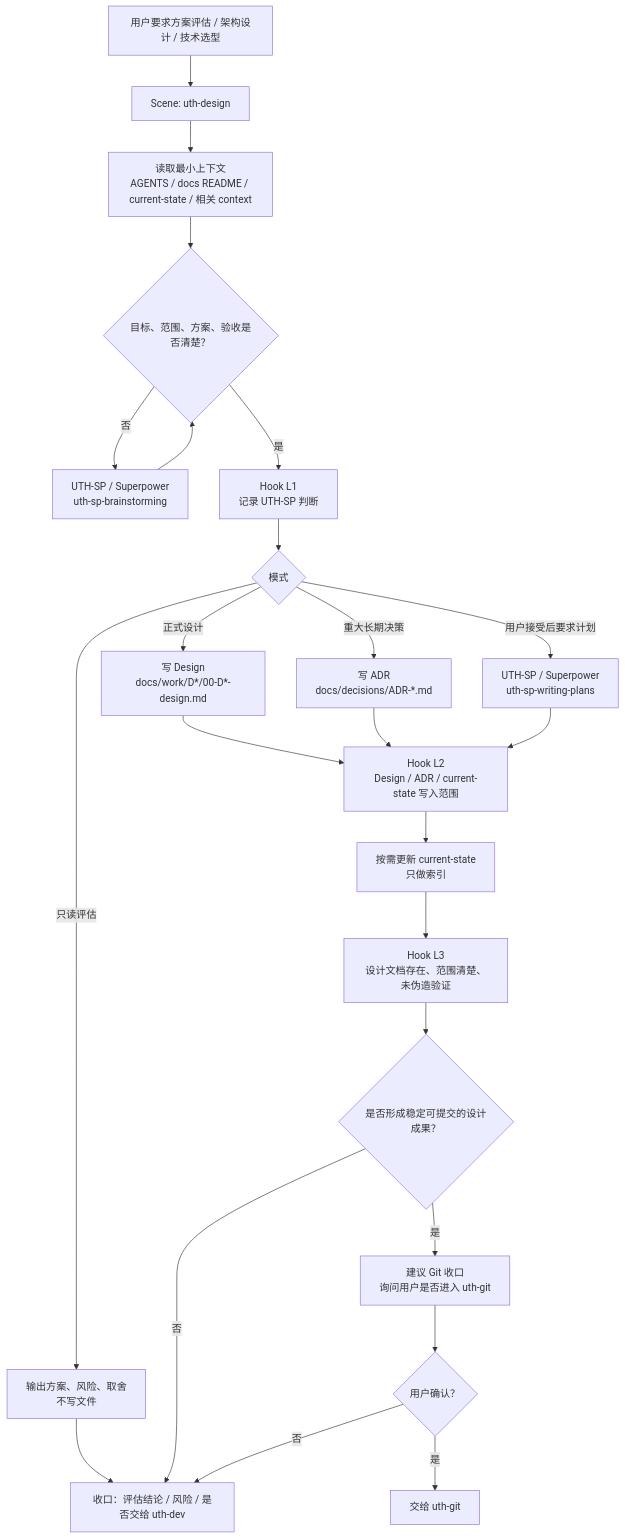
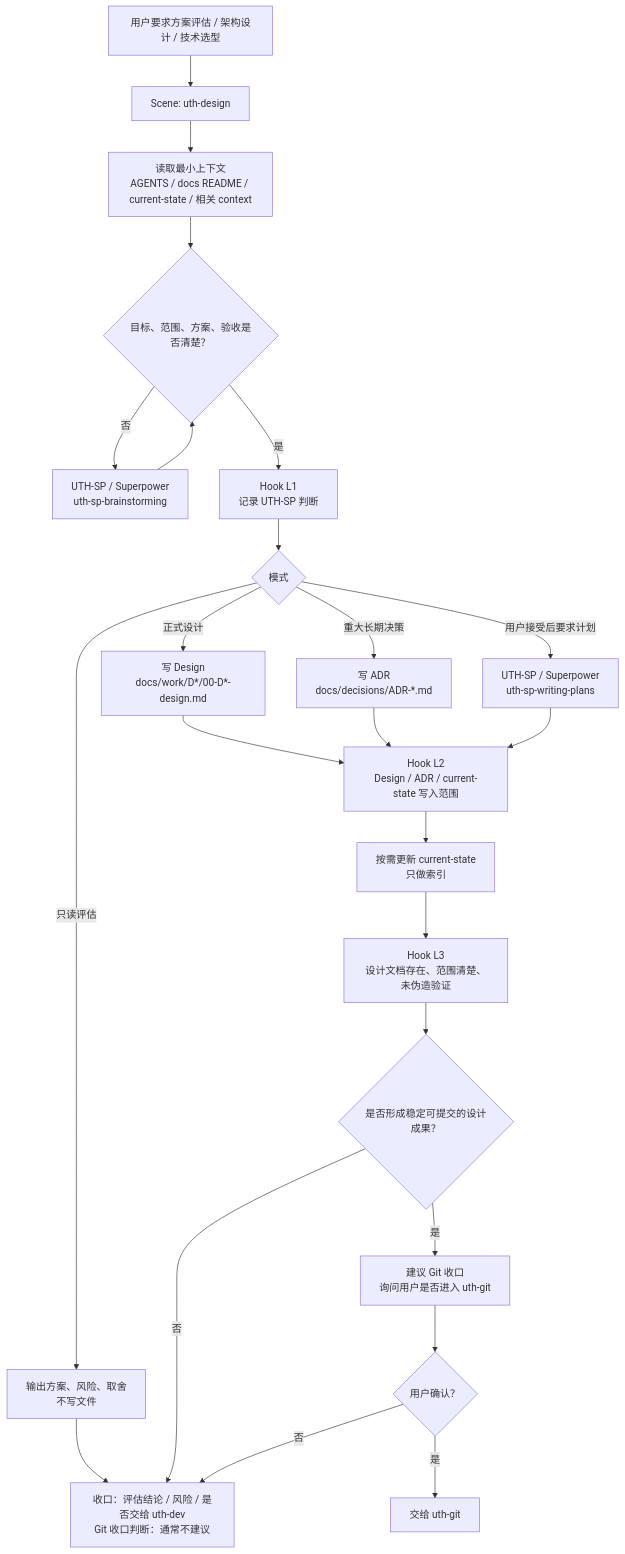
The fifth of 13 diagrams in docs/FLOW_全链路流程图.md (undertaker33/uth-governance), drawn with Mermaid before and after one commit. The commit also changed other lines of this file and 4 other files, not shown here.

````diff
--- a/docs/FLOW_全链路流程图.md
+++ b/docs/FLOW_全链路流程图.md
@@ -125,28 +125,28 @@
 ```mermaid
 flowchart TD
     A["用户要求方案评估 / 架构设计 / 技术选型"] --> B["Scene: uth-design"]
     B --> C["读取最小上下文<br/>AGENTS / docs README / current-state / 相关 context"]
     C --> D{"目标、范围、方案、验收是否清楚？"}
     D -- "否" --> E["UTH-SP / Superpower<br/>uth-sp-brainstorming"]
     E --> D
     D -- "是" --> F["Hook L1<br/>记录 UTH-SP 判断"]
 
     F --> G{"模式"}
     G -- "只读评估" --> H["输出方案、风险、取舍<br/>不写文件"]
     G -- "正式设计" --> I["写 Design<br/>docs/work/D*/00-D*-design.md"]
     G -- "重大长期决策" --> J["写 ADR<br/>docs/decisions/ADR-*.md"]
     G -- "用户接受后要求计划" --> K["UTH-SP / Superpower<br/>uth-sp-writing-plans"]
 
     I --> L["Hook L2<br/>Design / ADR / current-state 写入范围"]
     J --> L
     K --> L
     L --> M["按需更新 current-state<br/>只做索引"]
     M --> N["Hook L3<br/>设计文档存在、范围清楚、未伪造验证"]
-    H --> O["收口：评估结论 / 风险 / 是否交给 uth-dev"]
+    H --> O["收口：评估结论 / 风险 / 是否交给 uth-dev<br/>Git 收口判断：通常不建议"]
     N --> P{"是否形成稳定可提交的设计成果？"}
     P -- "是" --> Q["建议 Git 收口<br/>询问用户是否进入 uth-git"]
     P -- "否" --> O
     Q --> R{"用户确认？"}
     R -- "是" --> S["交给 uth-git"]
     R -- "否" --> O
 ```
````
